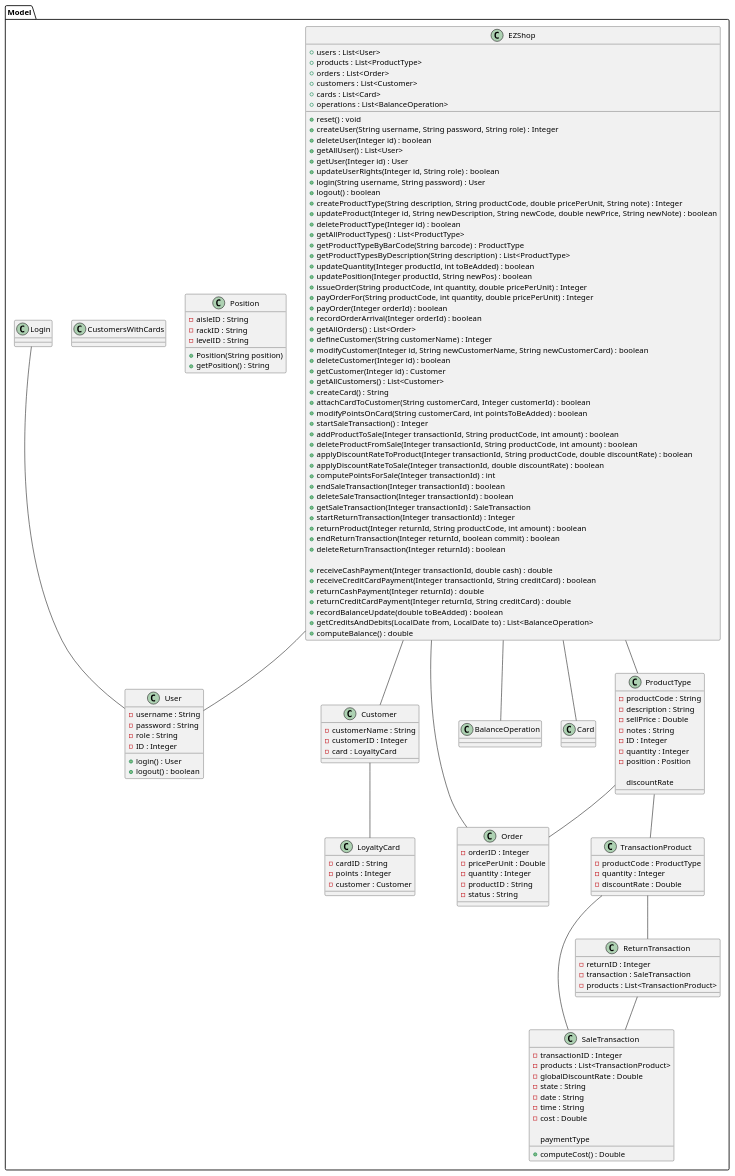
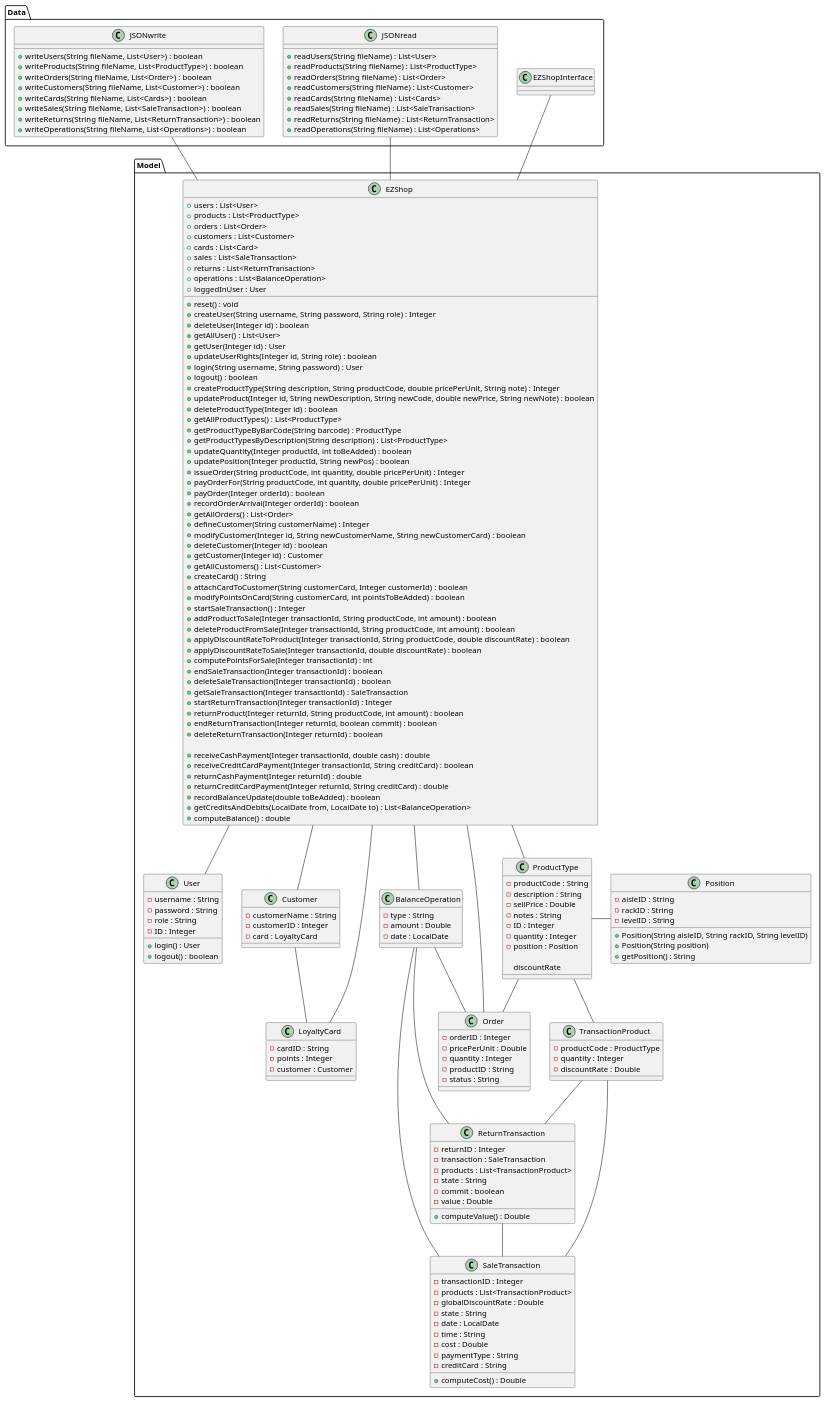
The first of 2 diagrams in Deliverables/DesignDocument.md (giuseppesalvi/ezshop), drawn with PlantUML before and after one commit.

Commit message:
Update DesignDocument.md : Class diagram completed

````diff
--- a/Deliverables/DesignDocument.md
+++ b/Deliverables/DesignDocument.md
@@ -37,6 +37,29 @@
 @startuml
 top to bottom direction
 
+package Data {
+    Class EZShopInterface{}
+    Class JSONread{
+        +readUsers(String fileName) : List<User>
+        +readProducts(String fileName) : List<ProductType>
+        +readOrders(String fileName) : List<Order>
+        +readCustomers(String fileName) : List<Customer>
+        +readCards(String fileName) : List<Cards>
+        +readSales(String fileName) : List<SaleTransaction>
+        +readReturns(String fileName) : List<ReturnTransaction>
+        +readOperations(String fileName) : List<Operations>
+    }
+    Class JSONwrite{
+        +writeUsers(String fileName, List<User>) : boolean
+        +writeProducts(String fileName, List<ProductType>) : boolean
+        +writeOrders(String fileName, List<Order>) : boolean
+        +writeCustomers(String fileName, List<Customer>) : boolean
+        +writeCards(String fileName, List<Cards>) : boolean
+        +writeSales(String fileName, List<SaleTransaction>) : boolean
+        +writeReturns(String fileName, List<ReturnTransaction>) : boolean
+        +writeOperations(String fileName, List<Operations>) : boolean
+    }
+}
 package Model {
 Class EZShop{
     +users : List<User>
@@ -44,7 +67,10 @@
     +orders : List<Order>
     +customers : List<Customer>
     +cards : List<Card>
+    +sales : List<SaleTransaction>
+    +returns : List<ReturnTransaction>
     +operations : List<BalanceOperation>
+    +loggedInUser : User
     
     +reset() : void
     +createUser(String username, String password, String role) : Integer
@@ -124,6 +150,7 @@
     -aisleID : String
     -rackID : String
     -levelID : String
+    +Position(String aisleID, String rackID, String levelID)
     +Position(String position)
     +getPosition() : String
 }
@@ -147,20 +174,16 @@
     -customer : Customer
 }
 
-class CustomersWithCards{
-
-}
-
 class SaleTransaction {
     -transactionID : Integer
     -products : List<TransactionProduct>
     -globalDiscountRate : Double
     -state : String
-    -date : String
+    -date : LocalDate
     -time : String
     -cost : Double
-
-    paymentType
+    -paymentType : String
+    -creditCard : String
 
     +computeCost() : Double
 }
@@ -175,26 +198,38 @@
     -returnID : Integer
     -transaction : SaleTransaction
     -products : List<TransactionProduct>
+    -state : String
+    -commit : boolean
+    -value : Double
+
+    +computeValue() : Double
 }
 
 class BalanceOperation{
-
+    -type : String
+    -amount : Double
+    -date : LocalDate
 }
 EZShop -- User
 EZShop -- ProductType
 EZShop -- Order
 EZShop -- Customer
-EZShop -- Card
+EZShop -- LoyaltyCard
 EZShop -- BalanceOperation
 
-Login -- User
 ProductType -- Order
 ProductType -- TransactionProduct
+ProductType -right- Position
 Customer -- LoyaltyCard
 TransactionProduct -- SaleTransaction
 TransactionProduct -- ReturnTransaction
 ReturnTransaction -- SaleTransaction
+BalanceOperation -- Order
+BalanceOperation -- ReturnTransaction
+BalanceOperation -- SaleTransaction
+EZShopInterface -- EZShop
+JSONread -- EZShop
+JSONwrite -- EZShop
 }
-
 @enduml
 ```
````
